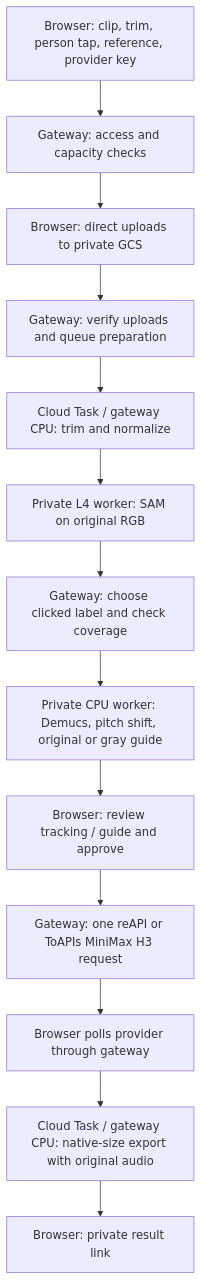
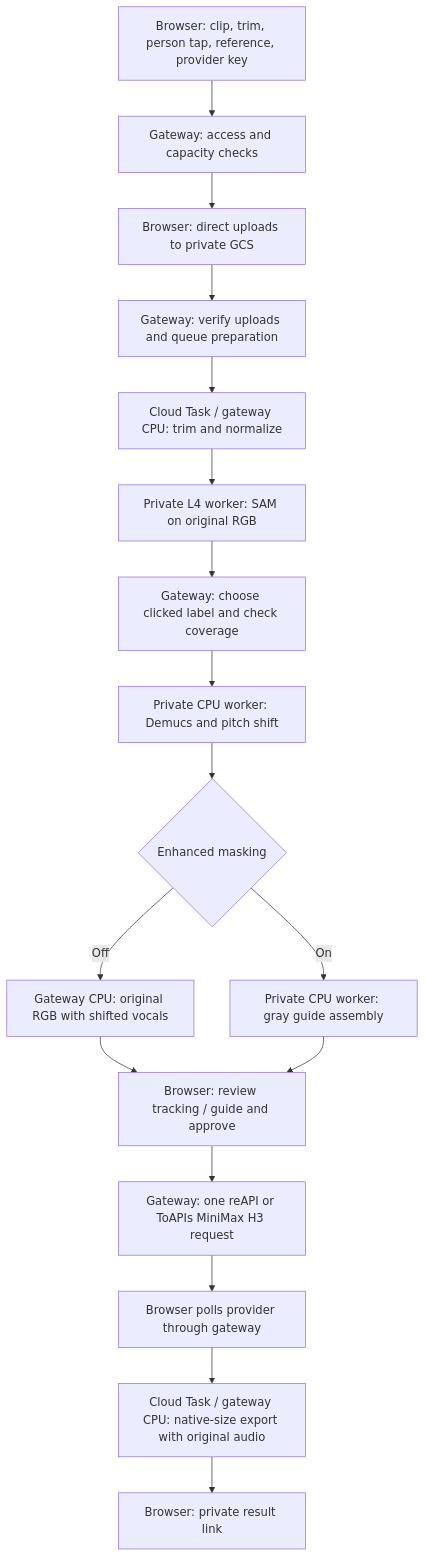
Before and after one commit to frankywashere/vlo: the diagram in docs/charswap-walkthrough.md, drawn with Mermaid. The commit also changed other lines of this file and 18 other files, not shown here.

````diff
--- a/docs/charswap-walkthrough.md
+++ b/docs/charswap-walkthrough.md
@@ -73,15 +75,19 @@
 ```mermaid
 flowchart TD
     A[Browser: clip, trim, person tap, reference, provider key] --> B[Gateway: access and capacity checks]
     B --> C[Browser: direct uploads to private GCS]
     C --> D[Gateway: verify uploads and queue preparation]
     D --> E[Cloud Task / gateway CPU: trim and normalize]
     E --> F[Private L4 worker: SAM on original RGB]
     F --> G[Gateway: choose clicked label and check coverage]
-    G --> H[Private CPU worker: Demucs, pitch shift, original or gray guide]
-    H --> I[Browser: review tracking / guide and approve]
+    G --> H[Private CPU worker: Demucs and pitch shift]
+    H --> P{Enhanced masking}
+    P -->|Off| Q[Gateway CPU: original RGB with shifted vocals]
+    P -->|On| R[Private CPU worker: gray guide assembly]
+    Q --> I[Browser: review tracking / guide and approve]
+    R --> I
     I --> J[Gateway: one reAPI or ToAPIs MiniMax H3 request]
     J --> K[Browser polls provider through gateway]
     K --> L[Cloud Task / gateway CPU: native-size export with original audio]
     L --> M[Browser: private result link]
 ```
````
